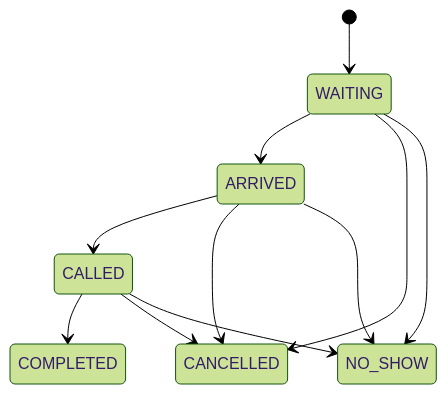
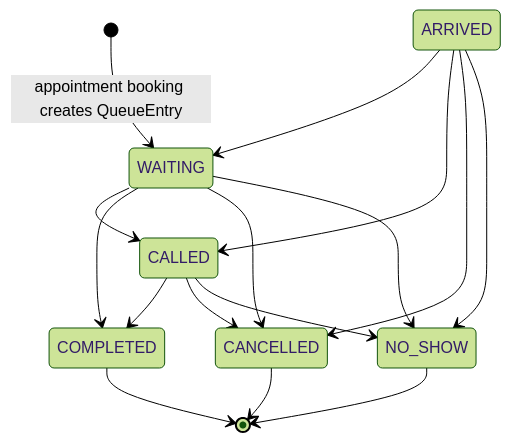
Before and after one commit to garvitsingh171/pravaah: the seventh of 15 diagrams in docs/HLD.md, drawn with Mermaid (forest theme). The commit also changed other lines of this file and 19 other files, not shown here.

````diff
--- a/docs/HLD.md
+++ b/docs/HLD.md
@@ -400,13 +400,18 @@
 ```mermaid
 stateDiagram-v2
-    [*] --> WAITING
-    WAITING --> ARRIVED
+    [*] --> WAITING: appointment booking creates QueueEntry
+    ARRIVED --> WAITING
     ARRIVED --> CALLED
+    ARRIVED --> CANCELLED
+    ARRIVED --> NO_SHOW
+    WAITING --> CALLED
+    WAITING --> COMPLETED
+    WAITING --> CANCELLED
+    WAITING --> NO_SHOW
     CALLED --> COMPLETED
-    WAITING --> CANCELLED
-    ARRIVED --> CANCELLED
     CALLED --> CANCELLED
-    WAITING --> NO_SHOW
-    ARRIVED --> NO_SHOW
     CALLED --> NO_SHOW
+    COMPLETED --> [*]
+    CANCELLED --> [*]
+    NO_SHOW --> [*]
 ```
````
